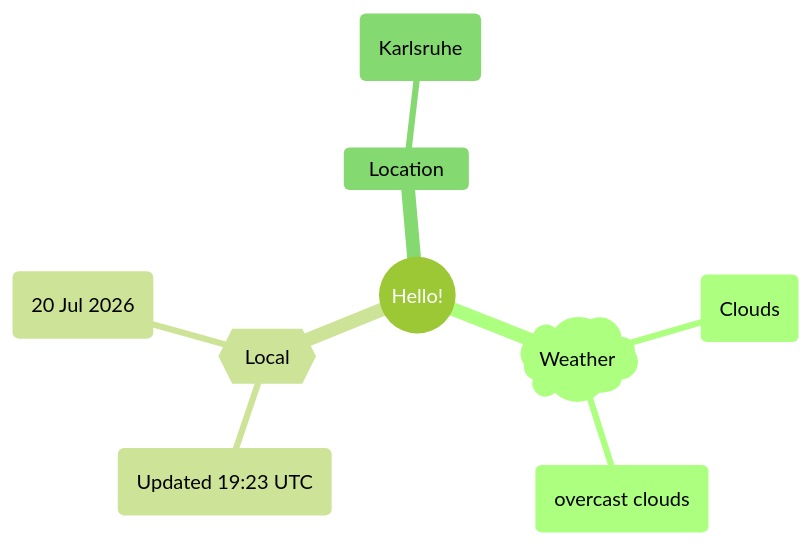
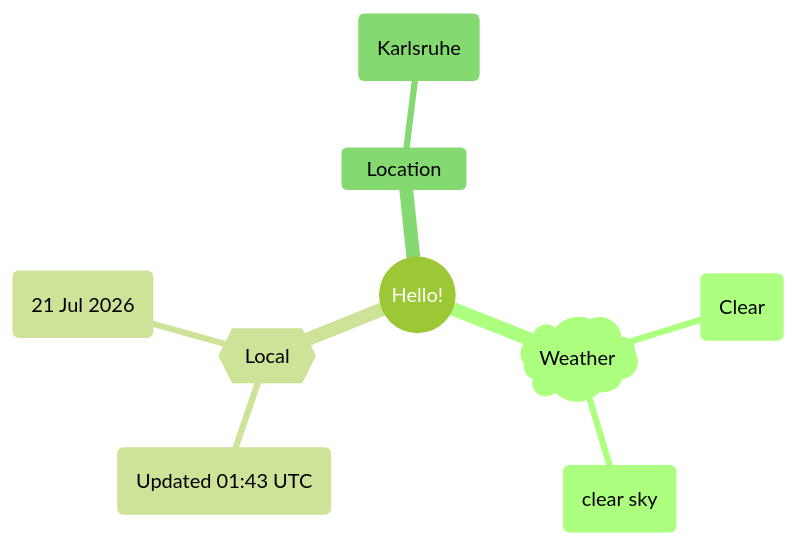
The first of 2 diagrams in README.md (Xosrov/Xosrov), drawn with Mermaid (forest theme) before and after one commit.

Commit message:
[bot] updated images

````diff
--- a/README.md
+++ b/README.md
@@ -3,12 +3,12 @@
 ```mermaid
 mindmap
   root((Hello!))
     )Weather(
-        (Clouds)
-        (overcast clouds)
+        (Clear)
+        (clear sky)
     {{Local}}
-        (Updated 19:23 UTC)
-        (20 Jul 2026)
+        (Updated 01:43 UTC)
+        (21 Jul 2026)
     Location
         (Karlsruhe)
 ```
````
